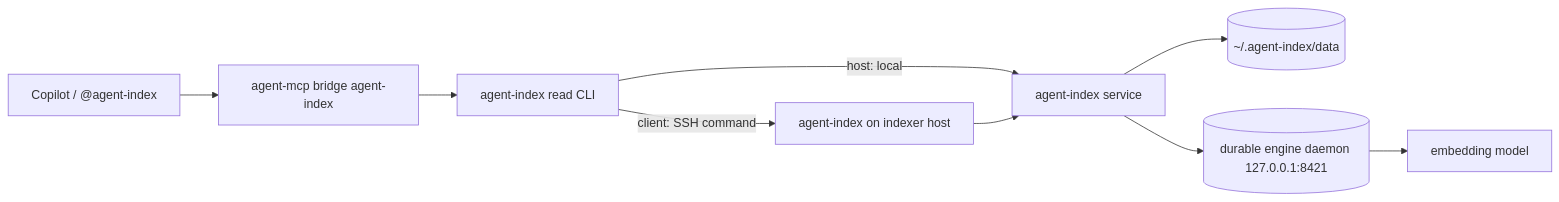
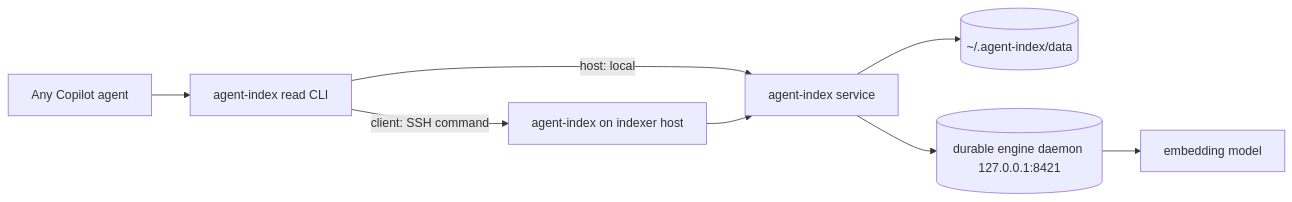
The diagram in plugins/agent-index/docs/architecture.md (ThomasMichon/copilot-extensions), drawn with Mermaid before and after one commit. The commit also changed other lines of this file and 15 other files, not shown here.

First line of the commit message:
agent-index: retire the @agent-index sub-agent; every agent calls the CLI directly (#654)

````diff
--- a/plugins/agent-index/docs/architecture.md
+++ b/plugins/agent-index/docs/architecture.md
@@ -29,11 +29,10 @@
 ```mermaid
 flowchart LR
-  Agent[Copilot / @agent-index] --> Bridge[agent-mcp bridge agent-index]
-  Bridge --> CLI[agent-index read CLI]
+  Agent[Any Copilot agent] --> CLI[agent-index read CLI]
   CLI -->|host: local| Service[agent-index service]
   CLI -->|client: SSH command| HostCLI[agent-index on indexer host]
   HostCLI --> Service
   Service --> Data[(~/.agent-index/data)]
   Service --> Engine[(durable engine daemon 127.0.0.1:8421)]
   Engine --> Model[embedding model]
 ```
````
